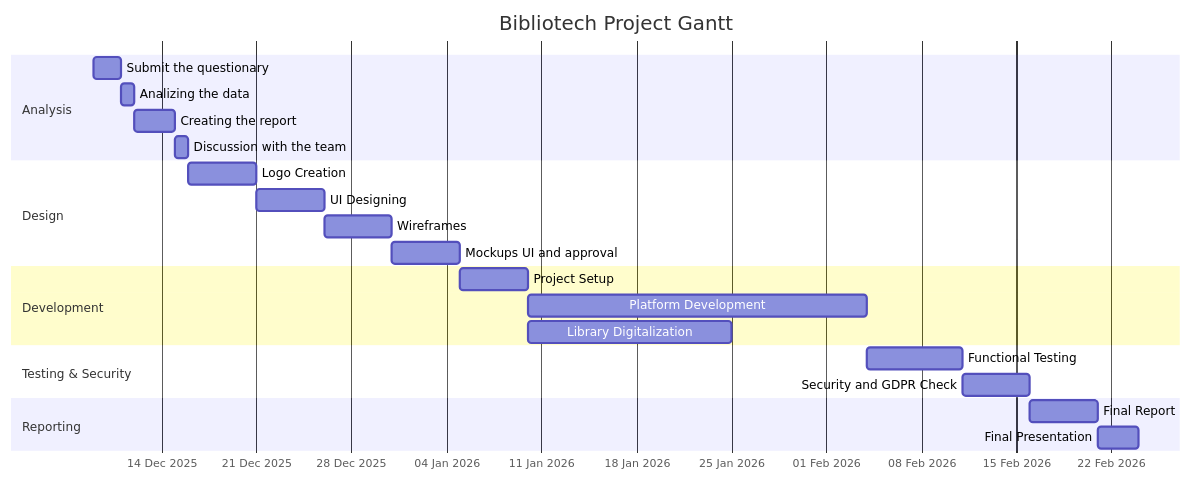
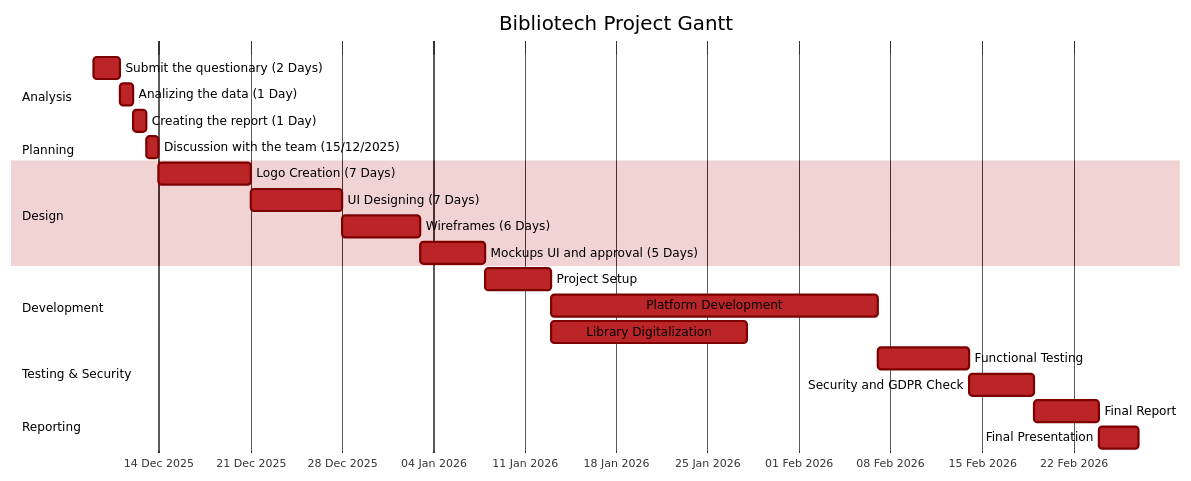
One commit to ErBeso7/Bibliotech-GANTT changed the diagram in docs/Bibliotech.mermaid. Above: the diagram before and after it, drawn with Mermaid.

Commit message:
Enhance Gantt chart documentation with task durations and section formatting and modified the theme

```diff
--- a/docs/Bibliotech.mermaid
+++ b/docs/Bibliotech.mermaid
@@ -1,30 +1,43 @@
+---
+config:
+  theme: 'base'
+  themeVariables:
+    primaryColor: '#BB2528'
+    primaryTextColor: '#000'
+    primaryBorderColor: '#7C0000'
+    lineColor: '#F8B229'
+    secondaryColor: '#006100'
+    tertiaryColor: '#fff'
+---
+
 gantt
     title Bibliotech Project Gantt
     dateFormat  DD-MM-YYYY
     axisFormat  %d %b %Y
 
     section Analysis
-    Submit the questionary      :a1, 09-12-2025, 2d
-    Analizing the data          :a2, after a1, 1d
-    Creating the report         :a3, after a2, 3d
+    Submit the questionary (2 Days)      :a1, 09-12-2025, 2d
+    Analizing the data (1 Day)           :a2, after a1, 1d
+    Creating the report (1 Day)          :a3, after a2, 1d
 
-    Discussion with the team    :a4, after a3, 1d
+    section Planning 
+    Discussion with the team (15/12/2025):a4, after a3, 1d
 
     section Design
-    Logo Creation                 :b0, after a4, 5d
-    UI Designing                  :b1, after b0, 5d
-    Wireframes                    :b2, after b1, 5d
-    Mockups UI and approval       :b3, after b2, 5d
-%% --------------------------------------------------------------
+    Logo Creation (7 Days)               :b0, after a4, 7d
+    UI Designing (7 Days)                :b1, after b0, 7d
+    Wireframes (6 Days)                  :b2, after b1, 6d
+    Mockups UI and approval (5 Days)     :b3, after b2, 5d
+
     section Development
     Project Setup                 :c1, after b3, 5d
     Platform Development          :c2, after c1, 25d
     Library Digitalization        :c3, after c1, 15d
 
     section Testing & Security
     Functional Testing            :d1, after c2, 7d
     Security and GDPR Check       :d2, after d1, 5d
 
     section Reporting
     Final Report                  :e1, after d2, 5d
     Final Presentation            :e2, after e1, 3d
```
